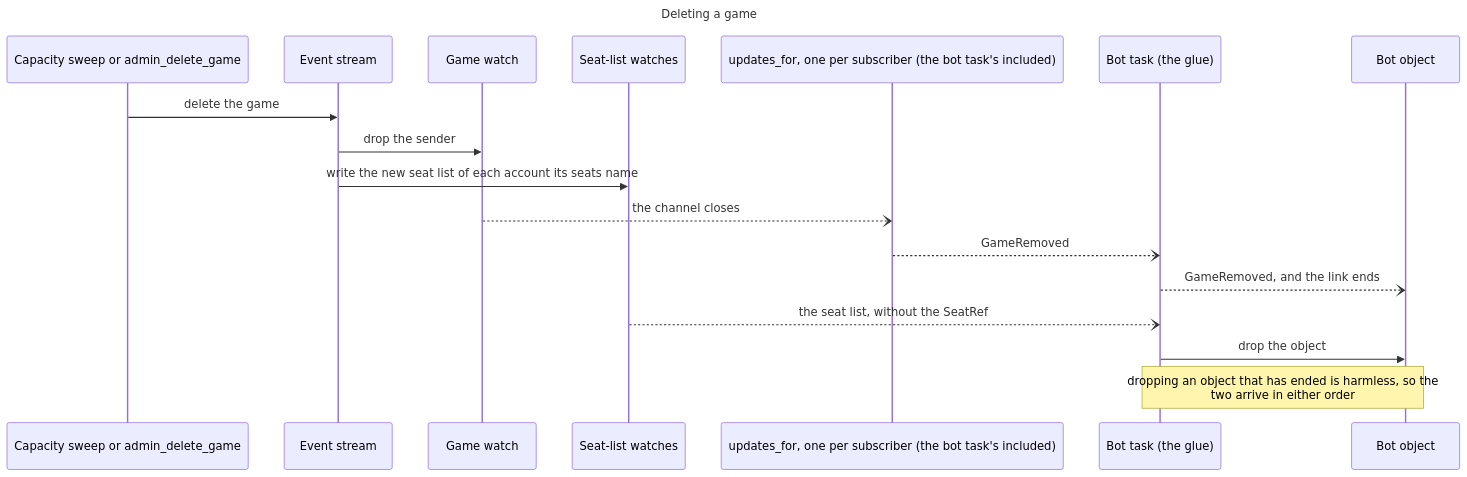
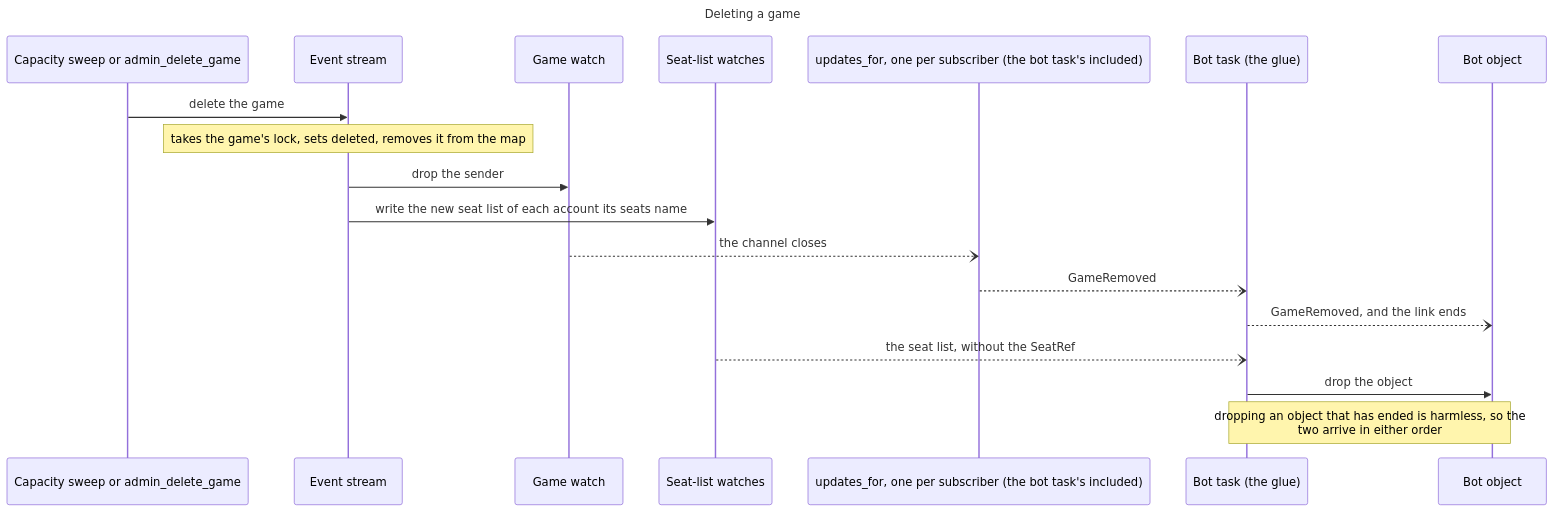
The second of 3 diagrams in applications/tile-lite-elite/3.1.7-changes/workstreams/application-game-architecture/71-one-game-model/71-06-engine.md (delphside/programme), drawn with Mermaid before and after one commit. The commit also changed 9 other files, not shown here.

````diff
--- a/applications/tile-lite-elite/3.1.7-changes/workstreams/application-game-architecture/71-one-game-model/71-06-engine.md
+++ b/applications/tile-lite-elite/3.1.7-changes/workstreams/application-game-architecture/71-one-game-model/71-06-engine.md
@@ -282,21 +282,22 @@
 ```mermaid
 sequenceDiagram
   title Deleting a game
   participant D as Capacity sweep or admin_delete_game
   participant ES as Event stream
   participant GW as Game watch
   participant SW as Seat-list watches
   participant U as updates_for, one per subscriber (the bot task's included)
   participant BT as Bot task (the glue)
   participant B as Bot object
 
   D->>ES: delete the game
+  Note over ES: takes the game's lock, sets deleted, removes it from the map
   ES->>GW: drop the sender
   ES->>SW: write the new seat list of each account its seats name
   GW--)U: the channel closes
   U--)BT: GameRemoved
   BT--)B: GameRemoved, and the link ends
   SW--)BT: the seat list, without the SeatRef
   BT->>B: drop the object
   Note over B,BT: dropping an object that has ended is harmless, so the<br>two arrive in either order
 ```
````
